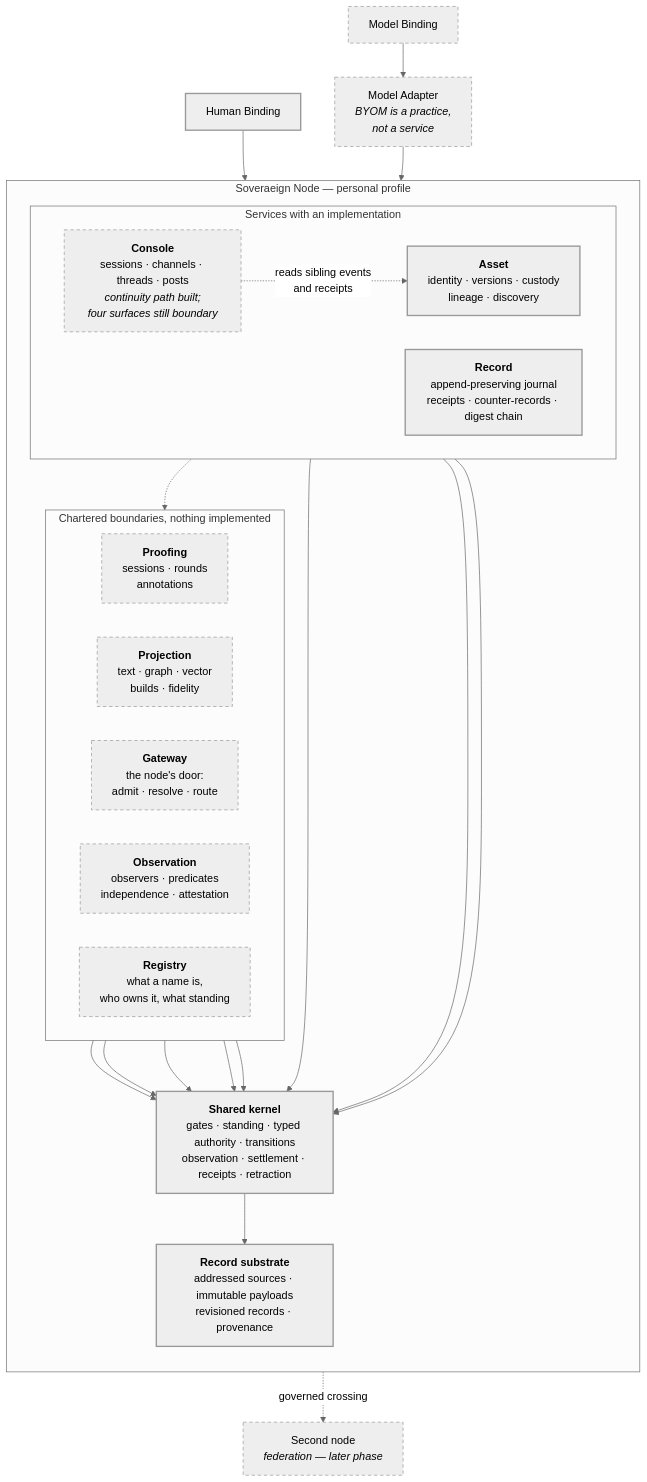
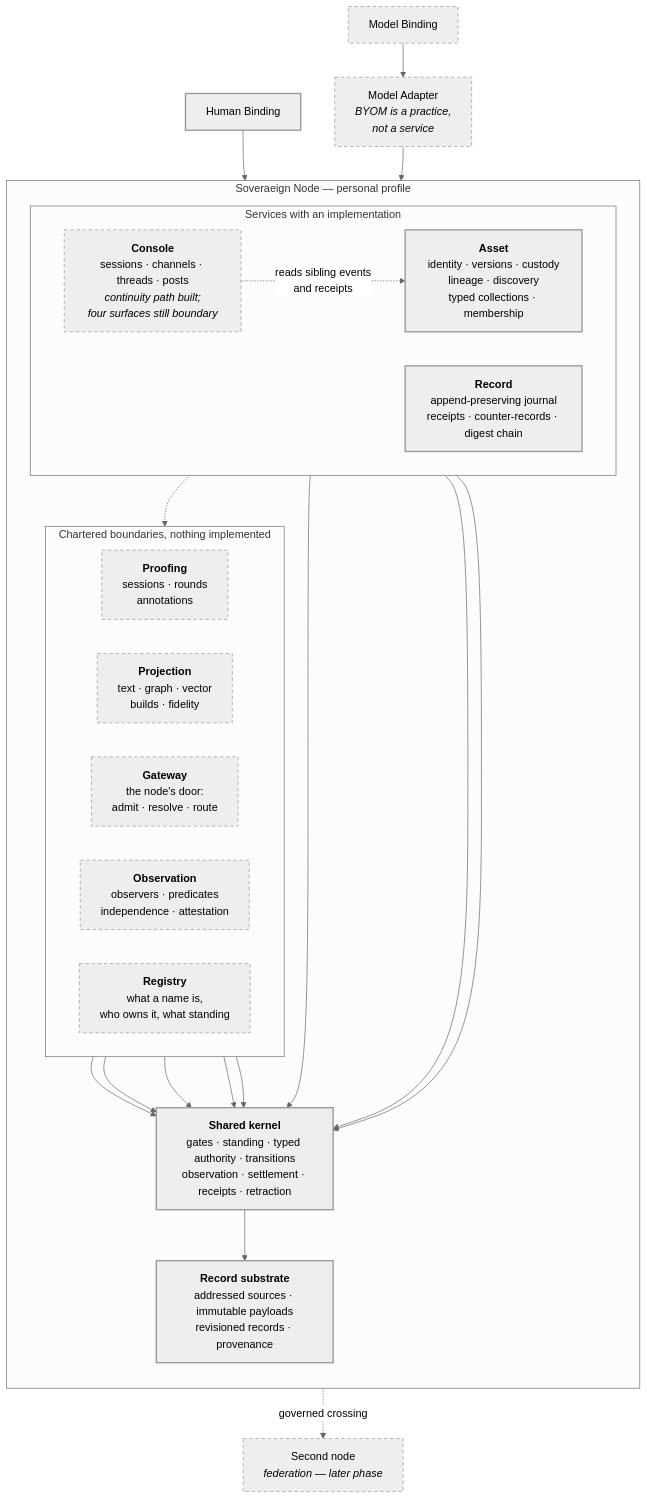
The diagram in diagrams/service-map.md (bdf1992/Soveraeign), drawn with Mermaid (neutral theme) before and after one commit. The commit also changed other lines of this file and 27 other files, not shown here.

````diff
--- a/diagrams/service-map.md
+++ b/diagrams/service-map.md
@@ -16,49 +16,49 @@
 ```mermaid
 flowchart TB
     HB["Human Binding"]
     MB["Model Binding"]
     MA["Model Adapter<br/><i>BYOM is a practice,<br/>not a service</i>"]
 
     subgraph nd["Soveraeign Node — personal profile"]
         direction TB
         subgraph built["Services with an implementation"]
             direction LR
-            A["<b>Asset</b><br/>identity · versions · custody<br/>lineage · discovery"]
+            A["<b>Asset</b><br/>identity · versions · custody<br/>lineage · discovery<br/>typed collections · membership"]
             R["<b>Record</b><br/>append-preserving journal<br/>receipts · counter-records · digest chain"]
             C["<b>Console</b><br/>sessions · channels · threads · posts<br/><i>continuity path built;<br/>four surfaces still boundary</i>"]
         end
         subgraph boundary["Chartered boundaries, nothing implemented"]
             direction LR
             P["<b>Proofing</b><br/>sessions · rounds<br/>annotations"]
             PJ["<b>Projection</b><br/>text · graph · vector<br/>builds · fidelity"]
             G["<b>Gateway</b><br/>the node's door:<br/>admit · resolve · route"]
             O["<b>Observation</b><br/>observers · predicates<br/>independence · attestation"]
             RG["<b>Registry</b><br/>what a name is,<br/>who owns it, what standing"]
         end
         K["<b>Shared kernel</b><br/>gates · standing · typed authority · transitions<br/>observation · settlement · receipts · retraction"]
         RS["<b>Record substrate</b><br/>addressed sources · immutable payloads<br/>revisioned records · provenance"]
     end
 
     F["Second node<br/><i>federation — later phase</i>"]
 
     HB --> K
     MB --> MA
     MA --> K
     A --> K
     R --> K
     C --> K
     P --> K
     PJ --> K
     G --> K
     O --> K
     RG --> K
     K --> RS
     C -. "reads sibling events<br/>and receipts" .-> A
     C -.-> P
     nd -. "governed crossing" .-> F
 
     classDef pen stroke-width:2px
     classDef pencil stroke-dasharray:5 4,stroke-width:1px
     class A,R,K,RS,HB pen
     class C,P,PJ,G,O,RG,F,MB,MA pencil
 ```
````
